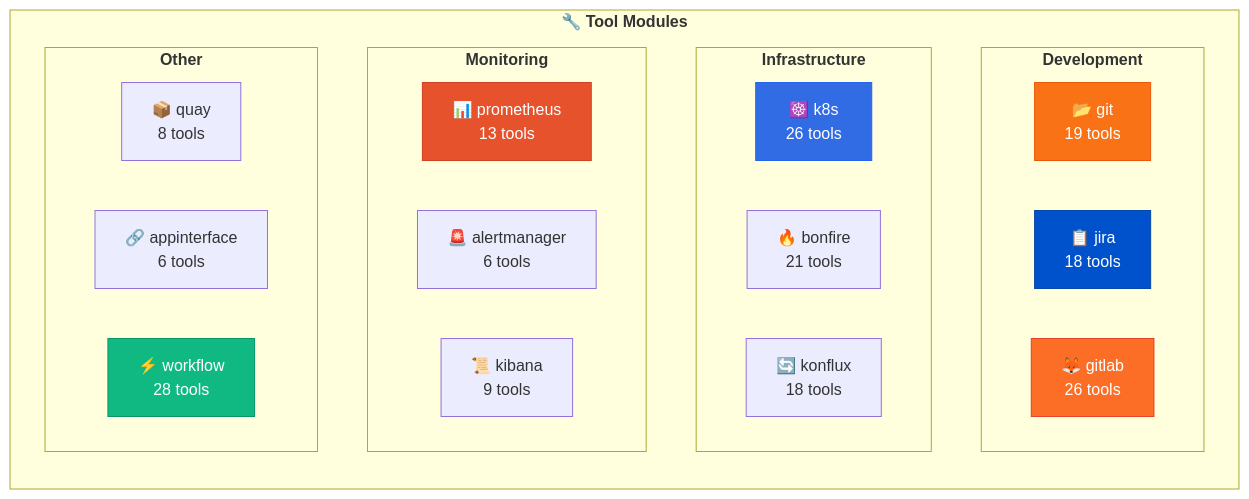
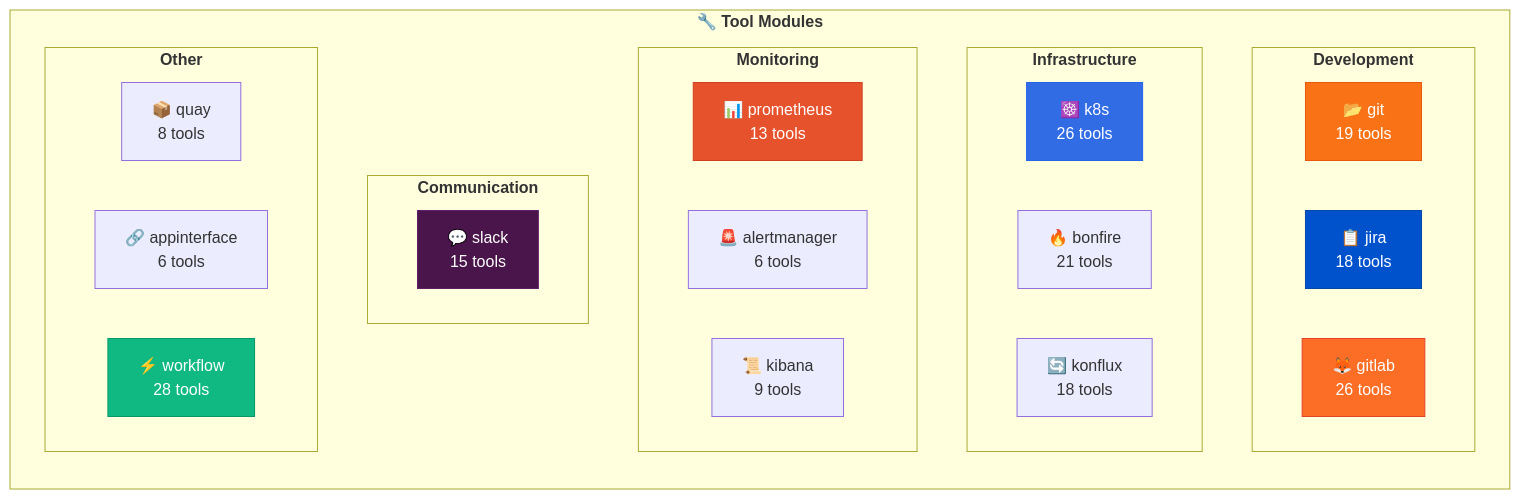
Diagram 18 of 24 in README.md (dmzoneill/redhat-ai-workflow), drawn with Mermaid before and after one commit. The commit also changed other lines of this file and 10 other files, not shown here.

````diff
--- a/README.md
+++ b/README.md
@@ -1075,37 +1075,42 @@
 ```mermaid
 graph TB
     subgraph MODULES["<b>🔧 Tool Modules</b>"]
         direction TB
         
         subgraph DEV_TOOLS["<b>Development</b>"]
             GIT[📂 git<br/>19 tools]
             JIRA[📋 jira<br/>18 tools]
             GITLAB[🦊 gitlab<br/>26 tools]
         end
         
         subgraph K8S_TOOLS["<b>Infrastructure</b>"]
             K8S[☸️ k8s<br/>26 tools]
             BONFIRE[🔥 bonfire<br/>21 tools]
             KONFLUX[🔄 konflux<br/>18 tools]
         end
         
         subgraph MON_TOOLS["<b>Monitoring</b>"]
             PROM[📊 prometheus<br/>13 tools]
             ALERT[🚨 alertmanager<br/>6 tools]
             KIBANA[📜 kibana<br/>9 tools]
         end
         
+        subgraph COMM_TOOLS["<b>Communication</b>"]
+            SLACK[💬 slack<br/>15 tools]
+        end
+        
         subgraph OTHER["<b>Other</b>"]
             QUAY[📦 quay<br/>8 tools]
             APPINT[🔗 appinterface<br/>6 tools]
             WORKFLOW[⚡ workflow<br/>28 tools]
         end
     end
     
     style GIT fill:#f97316,stroke:#ea580c,color:#fff
     style JIRA fill:#0052cc,stroke:#0747a6,color:#fff
     style GITLAB fill:#fc6d26,stroke:#e24329,color:#fff
     style K8S fill:#326ce5,stroke:#2563eb,color:#fff
     style PROM fill:#e6522c,stroke:#d14020,color:#fff
     style WORKFLOW fill:#10b981,stroke:#059669,color:#fff
+    style SLACK fill:#4a154b,stroke:#611f69,color:#fff
 ```
````
